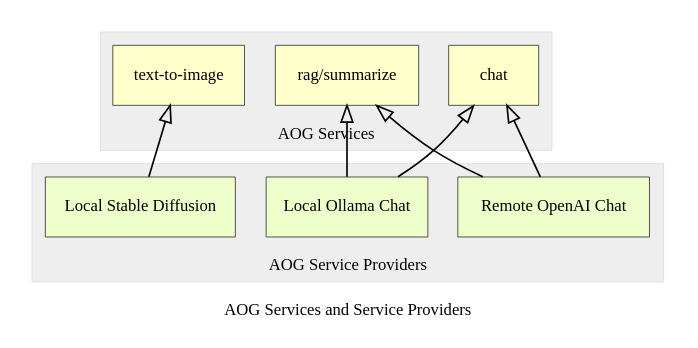
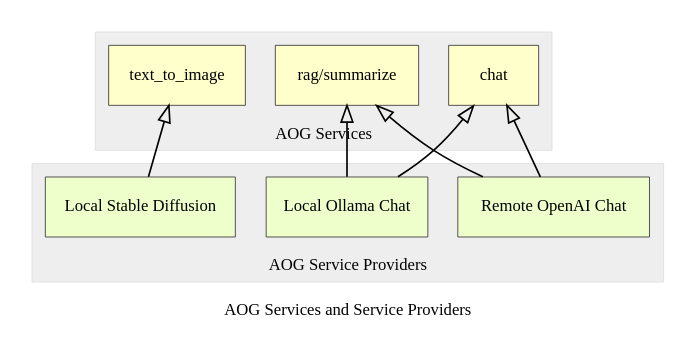
Before and after one commit to ligjn/aog: the diagram in docs/en/source/aog_concept.rst, drawn with Graphviz. The commit also changed other lines of this file and 1083 other files, not shown here.

```diff
--- a/docs/en/source/aog_concept.rst
+++ b/docs/en/source/aog_concept.rst
@@ -32,42 +32,42 @@
 .. graphviz:: 
    :align: center
 
    digraph G {
     rankdir=BT
     compound=true
     label = "AOG Services and Service Providers"
     graph [fontname = "Verdana", fontsize = 10, style="filled", penwidth=0.5]
     node [fontname = "Verdana", fontsize = 10, shape=box, color="#333333", style="filled", penwidth=0.5] 
 
 
     subgraph cluster_aog_service {
         label = "AOG Services"
         color="#dddddd"
         fillcolor="#eeeeee"
 
         node[fillcolor="#ffffcc"]
 
         chat[label="chat"]
         rag_summarize[label="rag/summarize"]
-        text_to_image[label="text-to-image"]
+        text_to_image[label="text_to_image"]
     }
 
     subgraph cluster_aog_service_provider {
         label = "AOG Service Providers"
         color="#dddddd"
         fillcolor="#eeeeee"
 
         node[fillcolor="#eeffcc"]
 
         provider_a[label="Remote OpenAI Chat"]
         provider_b[label="Local Ollama Chat"]
         provider_c[label="Local Stable Diffusion"]
     }
 
 
     edge[arrowhead=onormal]
     {provider_a, provider_b} -> chat
     {provider_a, provider_b} -> rag_summarize
     provider_c -> text_to_image
 
    }
```
